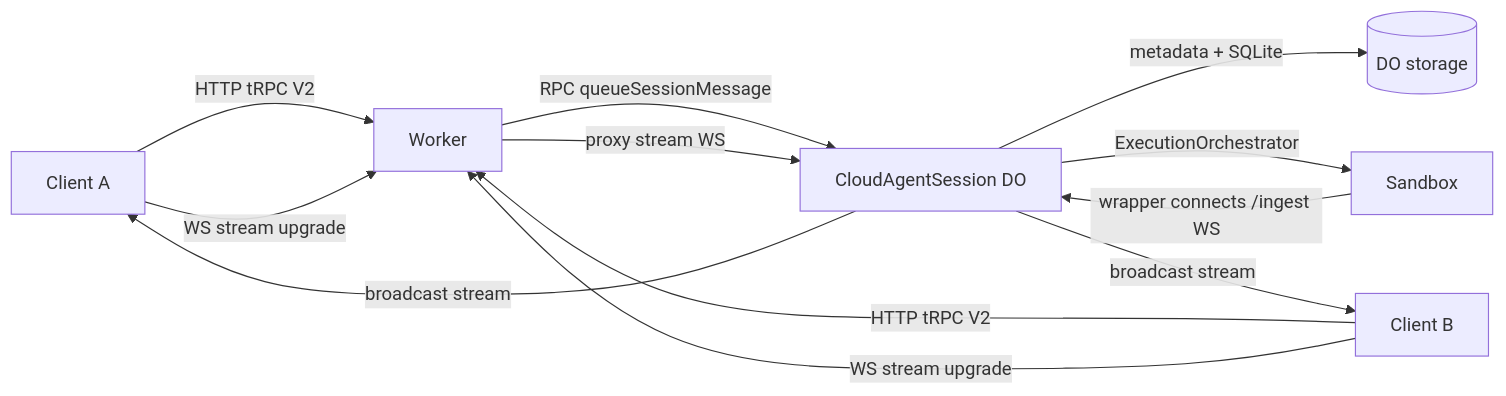
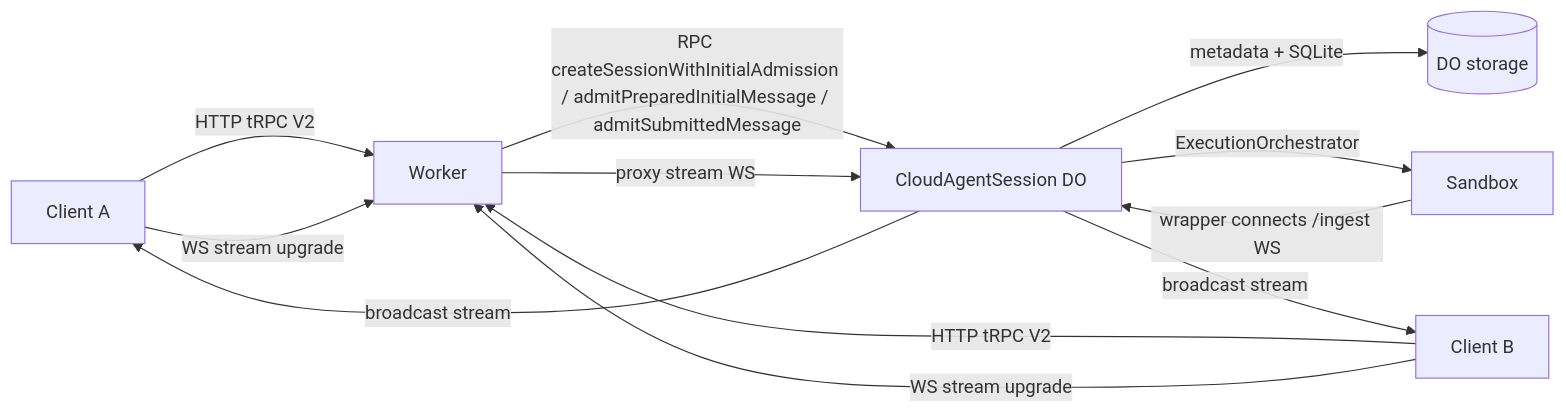
The first of 9 diagrams in services/cloud-agent-next/docs/diagrams.md (Kilo-Org/cloud), drawn with Mermaid before and after one commit. The commit also changed other lines of this file and 56 other files, not shown here.

Commit message:
fix(cloud-agent-next): enforce durable message admission invariants

````diff
--- a/services/cloud-agent-next/docs/diagrams.md
+++ b/services/cloud-agent-next/docs/diagrams.md
@@ -10,14 +10,14 @@
 ```mermaid
 flowchart LR
   clientA[Client A] -->|HTTP tRPC V2| worker[Worker]
   clientB[Client B] -->|HTTP tRPC V2| worker
   clientA -->|WS stream upgrade| worker
   clientB -->|WS stream upgrade| worker
-  worker -->|RPC queueSessionMessage| do[CloudAgentSession DO]
+  worker -->|RPC createSessionWithInitialAdmission / admitPreparedInitialMessage / admitSubmittedMessage| do[CloudAgentSession DO]
   worker -->|proxy stream WS| do
   do -->|metadata + SQLite| storage[(DO storage)]
   do -->|ExecutionOrchestrator| sandbox[Sandbox]
   sandbox -->|wrapper connects /ingest WS| do
   do -->|broadcast stream| clientA
   do -->|broadcast stream| clientB
 ```
````
